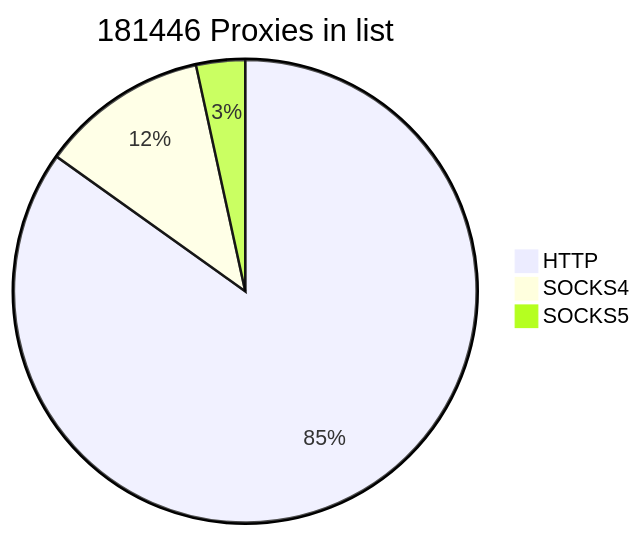
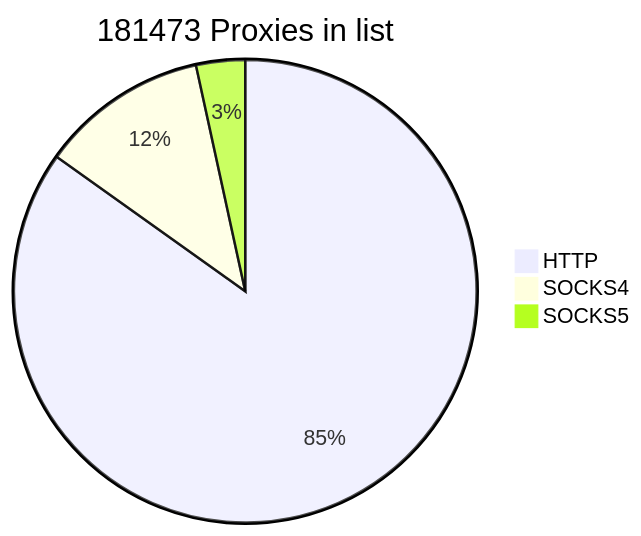
Before and after one commit to cutipu/proxylist: the first of 2 diagrams in README.md, drawn with Mermaid. The commit also changed other lines of this file, not shown here.

````diff
--- a/README.md
+++ b/README.md
@@ -2,7 +2,7 @@
 ```mermaid
-pie title 181446 Proxies in list
-    "HTTP" : 153991
-    "SOCKS4" : 21255
-    "SOCKS5" : 6200
+pie title 181473 Proxies in list
+    "HTTP" : 153994
+    "SOCKS4" : 21272
+    "SOCKS5" : 6207
             
 ```
````
